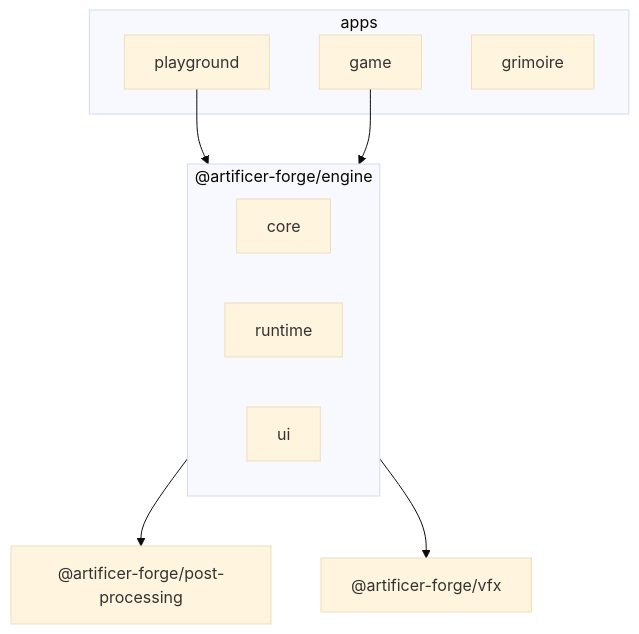
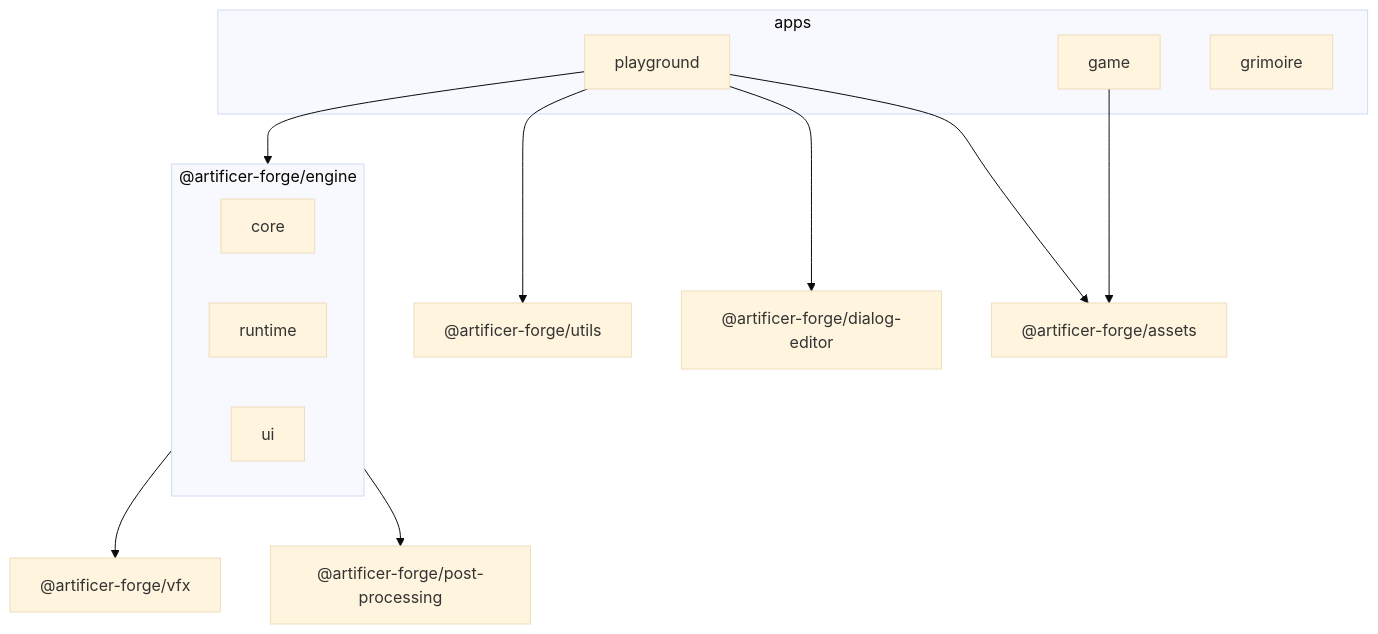
Before and after one commit to alvarosabu/artificer-forge: the diagram in apps/grimoire/content/01.getting-started/1.introduction.md, drawn with Mermaid (base theme). The commit also changed other lines of this file and 157 other files, not shown here.

````diff
--- a/apps/grimoire/content/01.getting-started/1.introduction.md
+++ b/apps/grimoire/content/01.getting-started/1.introduction.md
@@ -51,17 +51,20 @@
 ```mermaid
 flowchart TD
   subgraph apps
     pg[playground]
     game[game]
     gr[grimoire]
   end
   subgraph engine["@artificer-forge/engine"]
     core[core]
     runtime[runtime]
     ui[ui]
   end
   pg --> engine
-  game --> engine
+  pg --> assets["@artificer-forge/assets"]
+  pg --> de["@artificer-forge/dialog-editor"]
+  pg --> utils["@artificer-forge/utils"]
+  game --> assets
   engine --> pp["@artificer-forge/post-processing"]
   engine --> vfx["@artificer-forge/vfx"]
 ```
````
